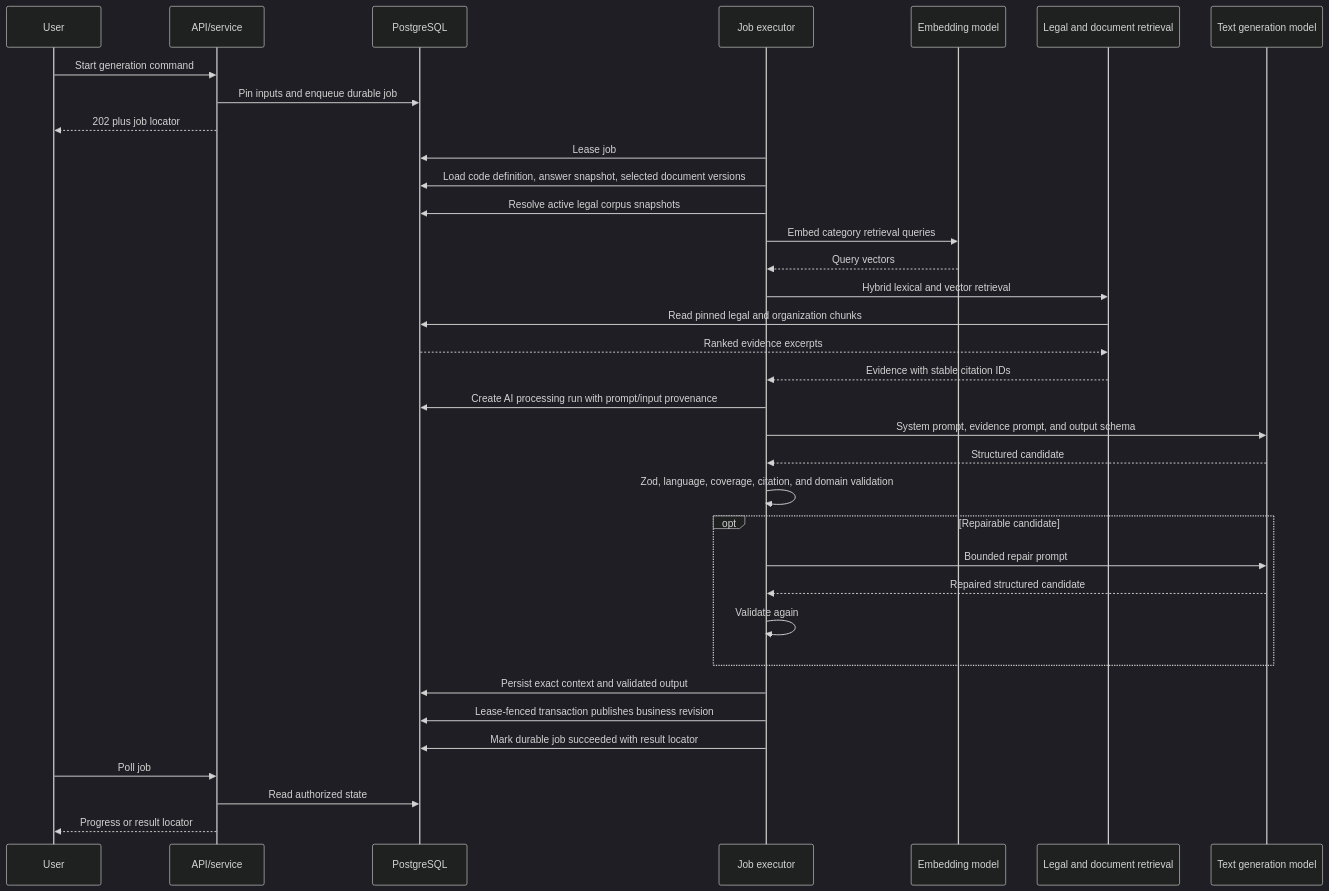
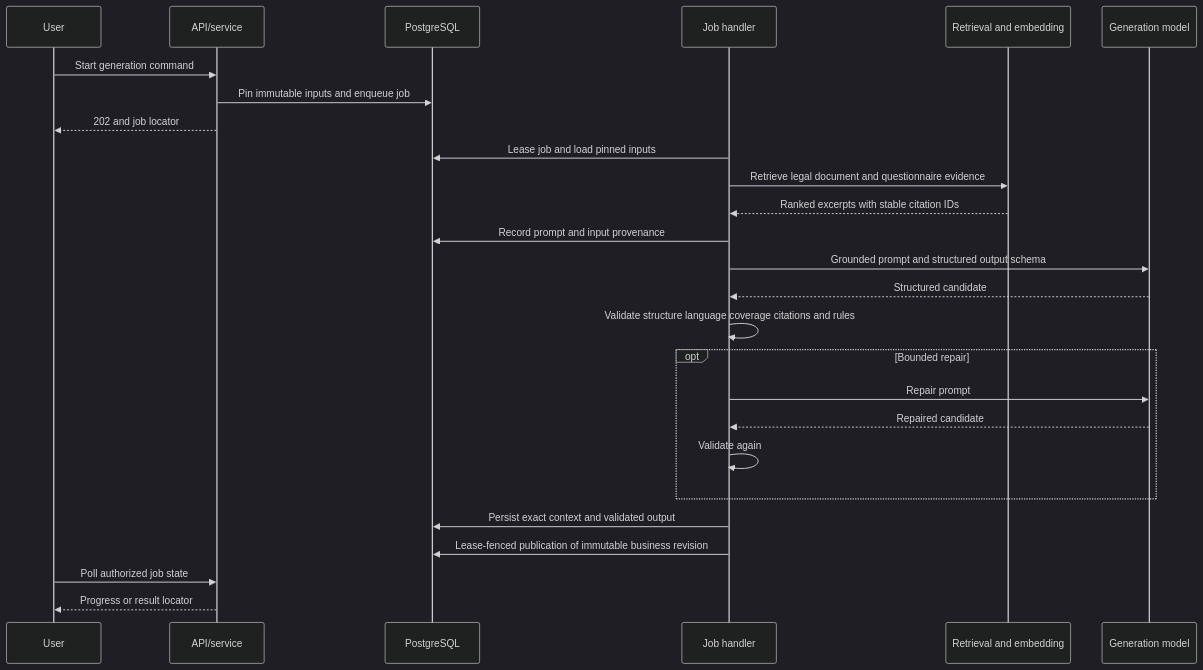
One commit to nxkolas/compliance changed the third of 3 diagrams in my-app/docs/architecture/system-overview.md. Above: the diagram before and after it, drawn with Mermaid (dark theme). The commit also changed other lines of this file and 22 other files, not shown here.

````diff
--- a/my-app/docs/architecture/system-overview.md
+++ b/my-app/docs/architecture/system-overview.md
@@ -235,38 +142,29 @@
 ```mermaid
 sequenceDiagram
     participant U as User
     participant A as API/service
     participant DB as PostgreSQL
-    participant W as Job executor
-    participant E as Embedding model
-    participant L as Legal and document retrieval
-    participant M as Text generation model
+    participant W as Job handler
+    participant E as Retrieval and embedding
+    participant M as Generation model
 
     U->>A: Start generation command
-    A->>DB: Pin inputs and enqueue durable job
-    A-->>U: 202 plus job locator
-    W->>DB: Lease job
-    W->>DB: Load code definition, answer snapshot, selected document versions
-    W->>DB: Resolve active legal corpus snapshots
-    W->>E: Embed category retrieval queries
-    E-->>W: Query vectors
-    W->>L: Hybrid lexical and vector retrieval
-    L->>DB: Read pinned legal and organization chunks
-    DB-->>L: Ranked evidence excerpts
-    L-->>W: Evidence with stable citation IDs
-    W->>DB: Create AI processing run with prompt/input provenance
-    W->>M: System prompt, evidence prompt, and output schema
+    A->>DB: Pin immutable inputs and enqueue job
+    A-->>U: 202 and job locator
+    W->>DB: Lease job and load pinned inputs
+    W->>E: Retrieve legal document and questionnaire evidence
+    E-->>W: Ranked excerpts with stable citation IDs
+    W->>DB: Record prompt and input provenance
+    W->>M: Grounded prompt and structured output schema
     M-->>W: Structured candidate
-    W->>W: Zod, language, coverage, citation, and domain validation
-    opt Repairable candidate
-        W->>M: Bounded repair prompt
-        M-->>W: Repaired structured candidate
+    W->>W: Validate structure language coverage citations and rules
+    opt Bounded repair
+        W->>M: Repair prompt
+        M-->>W: Repaired candidate
         W->>W: Validate again
     end
     W->>DB: Persist exact context and validated output
-    W->>DB: Lease-fenced transaction publishes business revision
-    W->>DB: Mark durable job succeeded with result locator
-    U->>A: Poll job
-    A->>DB: Read authorized state
+    W->>DB: Lease-fenced publication of immutable business revision
+    U->>A: Poll authorized job state
     A-->>U: Progress or result locator
 ```
````
